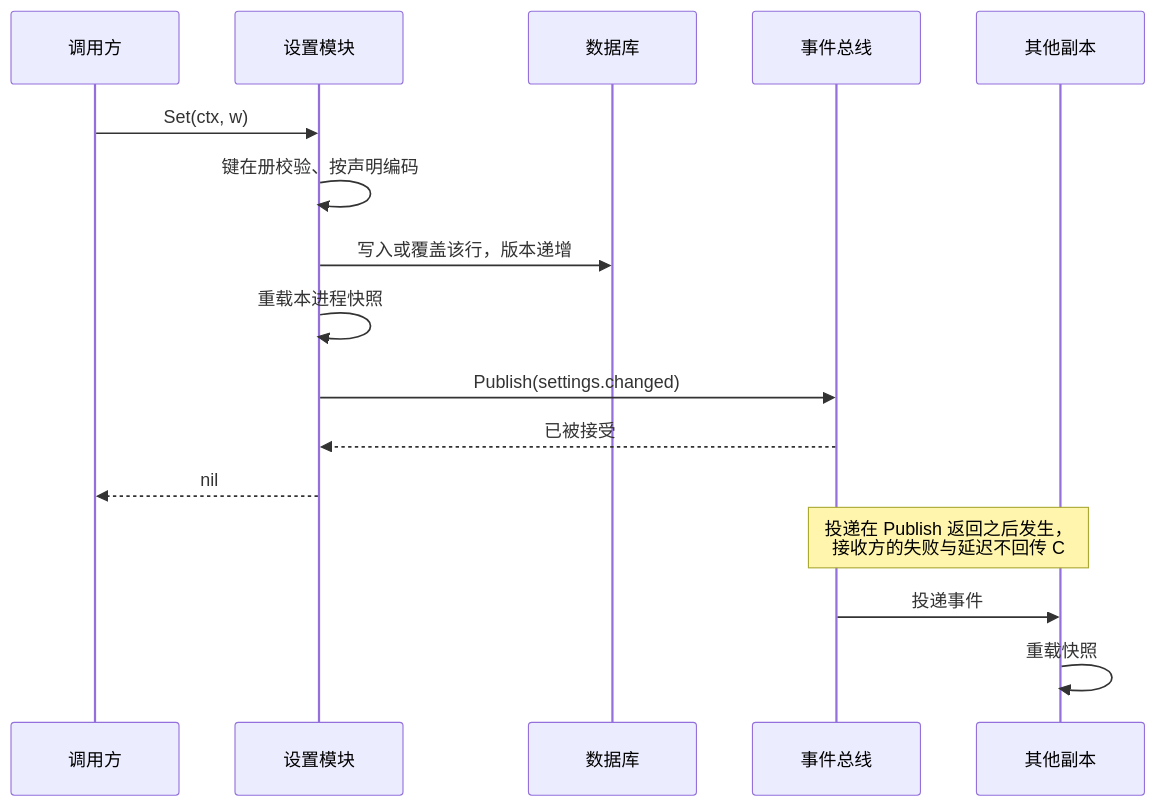
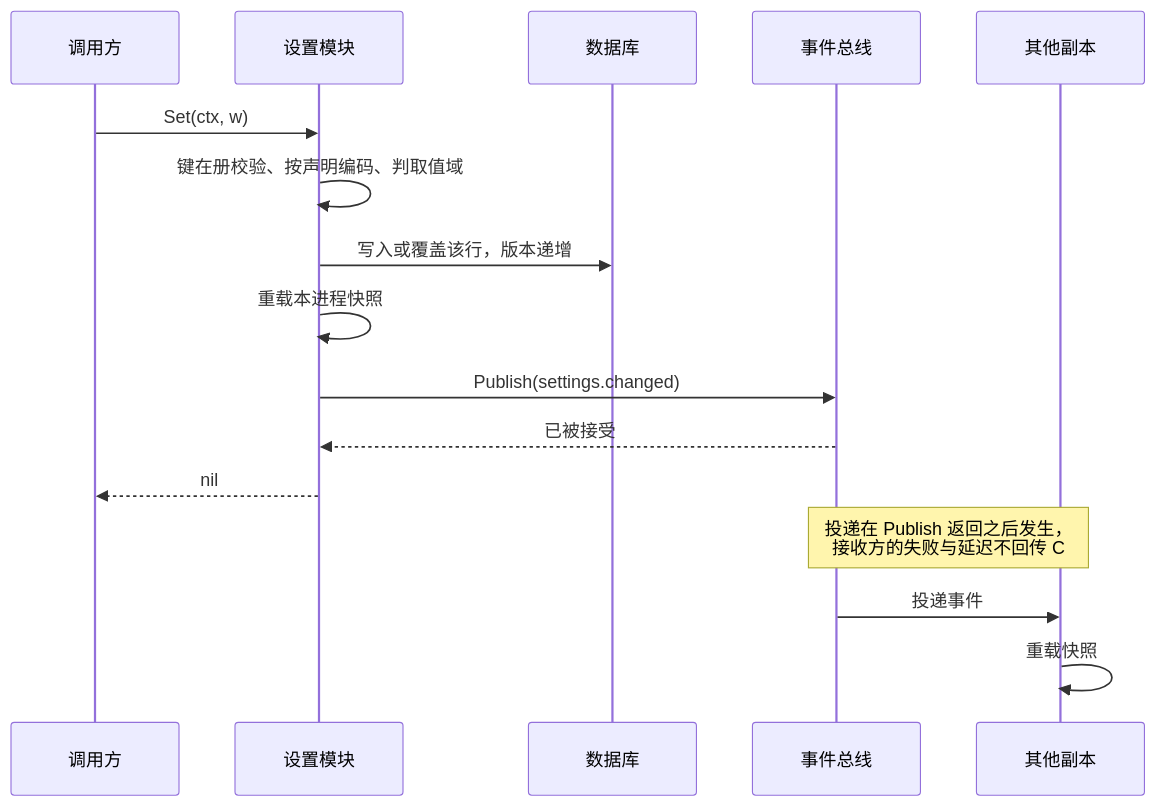
Before and after one commit to wangzw/speed: the second of 3 diagrams in docs/design/modules/design-settings.md, drawn with Mermaid. The commit also changed other lines of this file and 9 other files, not shown here.

````diff
--- a/docs/design/modules/design-settings.md
+++ b/docs/design/modules/design-settings.md
@@ -387,19 +419,19 @@
 ```mermaid
 sequenceDiagram
     participant C as 调用方
     participant S as 设置模块
     participant G as 数据库
     participant B as 事件总线
     participant R as 其他副本
 
     C->>S: Set(ctx, w)
-    S->>S: 键在册校验、按声明编码
+    S->>S: 键在册校验、按声明编码、判取值域
     S->>G: 写入或覆盖该行，版本递增
     S->>S: 重载本进程快照
     S->>B: Publish(settings.changed)
     B-->>S: 已被接受
     S-->>C: nil
     Note over B,R: 投递在 Publish 返回之后发生，<br/>接收方的失败与延迟不回传 C
     B->>R: 投递事件
     R->>R: 重载快照
 ```
````
